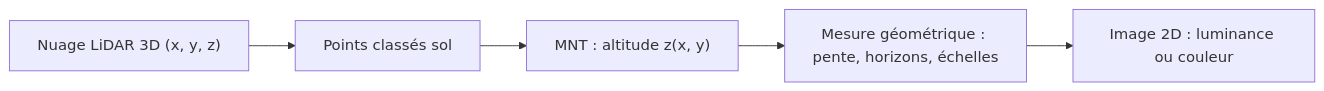
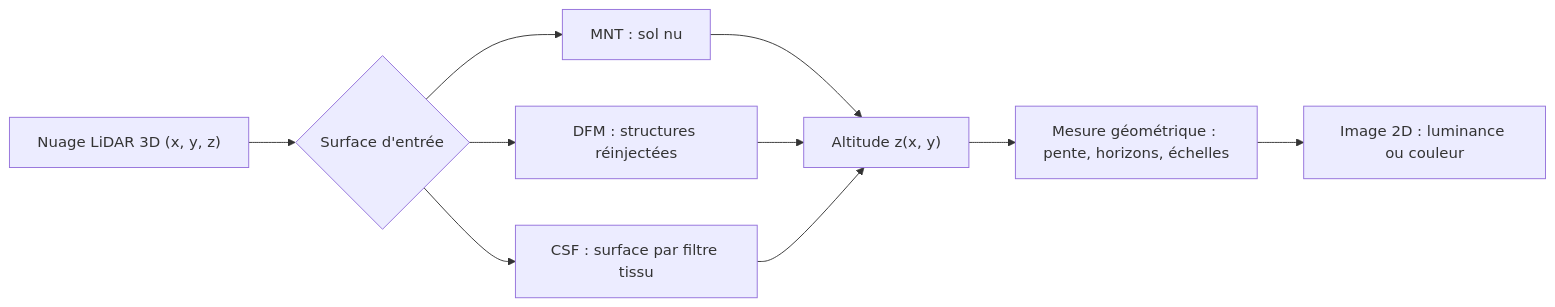
The first of 5 diagrams in docs/shadings.fr.md (nico579/lidar2map), drawn with Mermaid before and after one commit. The commit also changed other lines of this file and 1 other file, not shown here.

Commit message:
Elargit le guide des ombrages aux surfaces DFM et CSF

````diff
--- a/docs/shadings.fr.md
+++ b/docs/shadings.fr.md
@@ -22,7 +27,12 @@
 ```mermaid
 flowchart LR
-    P["Nuage LiDAR 3D (x, y, z)"] --> G[Points classés sol]
-    G --> Z["MNT : altitude z(x, y)"]
+    P["Nuage LiDAR 3D (x, y, z)"] --> S{"Surface d'entrée"}
+    S --> M["MNT : sol nu"]
+    S --> F["DFM : structures réinjectées"]
+    S --> C["CSF : surface par filtre tissu"]
+    M --> Z["Altitude z(x, y)"]
+    F --> Z
+    C --> Z
     Z --> D["Mesure géométrique : pente, horizons, échelles"]
     D --> I["Image 2D : luminance ou couleur"]
 ```
````
